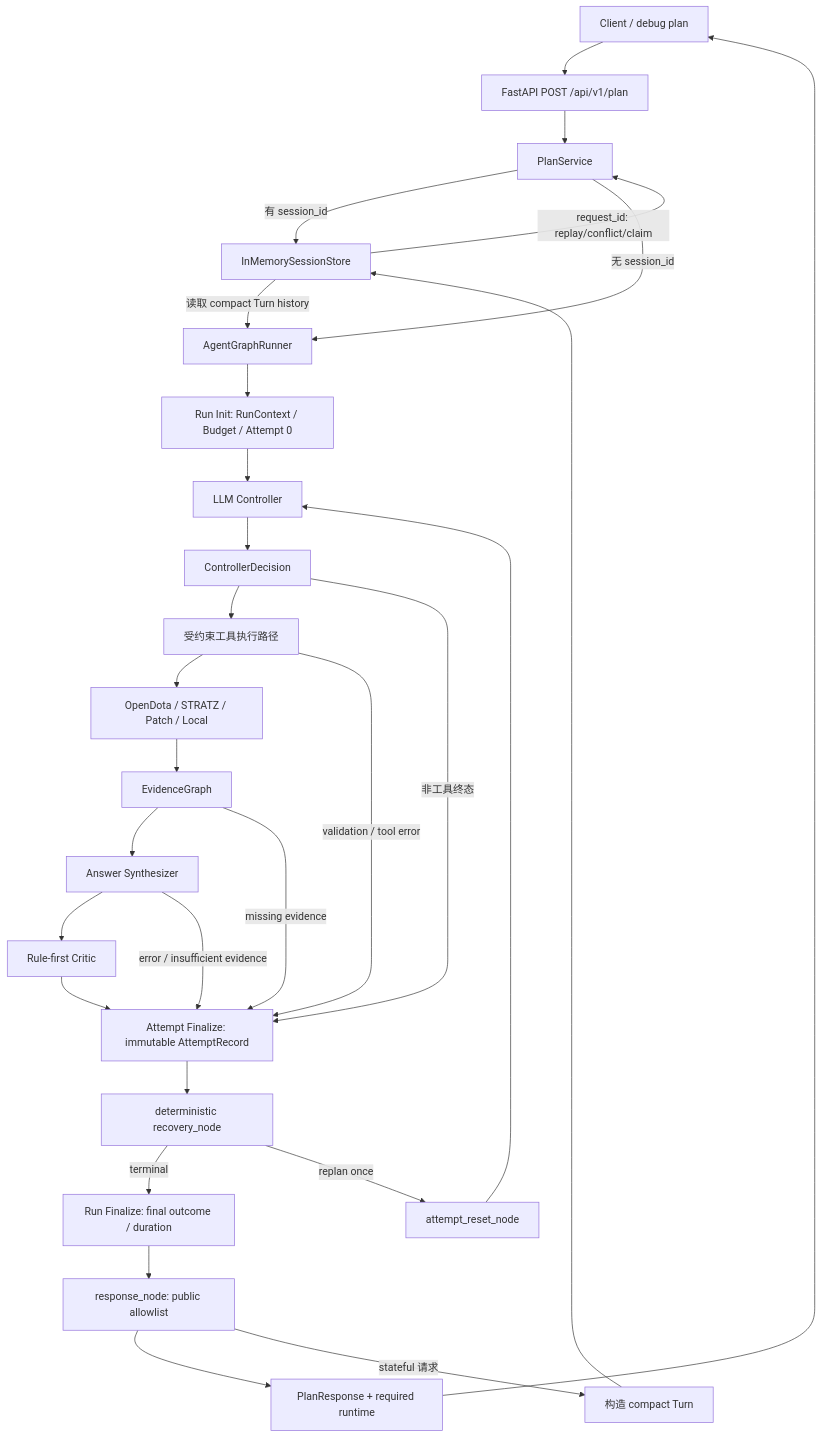
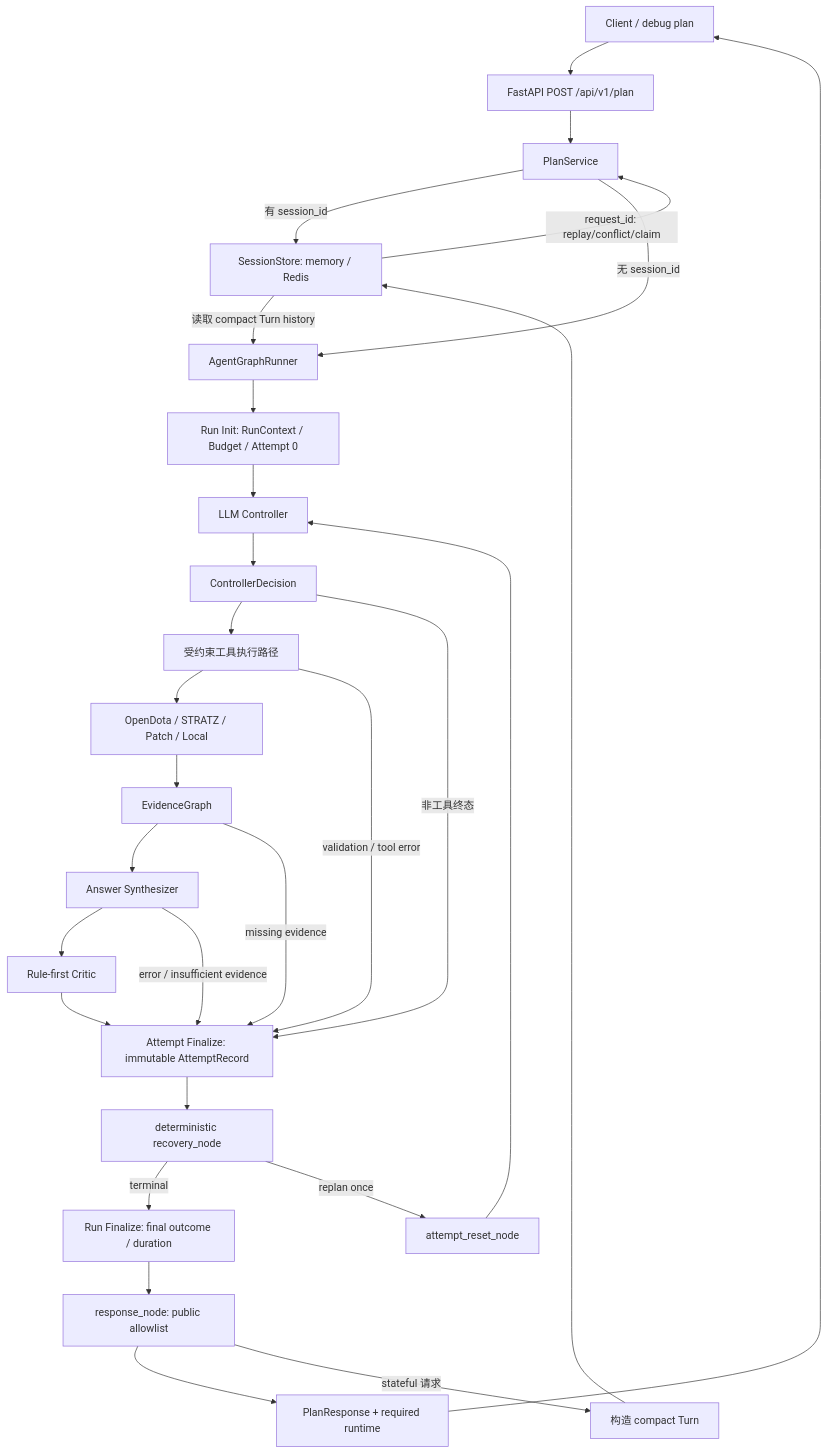
The first of 5 diagrams in docs/design/architecture/整体架构.md (Philip23333/DotaMind), drawn with Mermaid before and after one commit. The commit also changed other lines of this file and 50 other files, not shown here.

````diff
--- a/docs/design/architecture/整体架构.md
+++ b/docs/design/architecture/整体架构.md
@@ -16,36 +16,36 @@
 ```mermaid
 flowchart TD
     Client["Client / debug plan"] --> API["FastAPI POST /api/v1/plan"]
     API --> Service["PlanService"]
 
-    Service -->|"有 session_id"| Store["InMemorySessionStore"]
+    Service -->|"有 session_id"| Store["SessionStore: memory / Redis"]
     Store -->|"request_id: replay/conflict/claim"| Service
     Store -->|"读取 compact Turn history"| Graph["AgentGraphRunner"]
     Service -->|"无 session_id"| Graph
 
     Graph --> RunInit["Run Init: RunContext / Budget / Attempt 0"]
     RunInit --> Controller["LLM Controller"]
     Controller --> Decision["ControllerDecision"]
     Decision --> ToolPath["受约束工具执行路径"]
     ToolPath --> Integrations["OpenDota / STRATZ / Patch / Local"]
     Integrations --> Evidence["EvidenceGraph"]
     Evidence --> Answer["Answer Synthesizer"]
     Answer --> Critic["Rule-first Critic"]
     Critic --> AttemptFinalize["Attempt Finalize: immutable AttemptRecord"]
 
     Decision -->|"非工具终态"| AttemptFinalize
     ToolPath -->|"validation / tool error"| AttemptFinalize
     Evidence -->|"missing evidence"| AttemptFinalize
     Answer -->|"error / insufficient evidence"| AttemptFinalize
 
     AttemptFinalize --> Recovery["deterministic recovery_node"]
     Recovery -->|"terminal"| RunFinalize["Run Finalize: final outcome / duration"]
     Recovery -->|"replan once"| Reset["attempt_reset_node"]
     Reset --> Controller
     RunFinalize --> Response["response_node: public allowlist"]
     Response --> Mapper["PlanResponse + required runtime"]
     Mapper --> Client
 
     Response -->|"stateful 请求"| Summary["构造 compact Turn"]
     Summary --> Store
 ```
````
